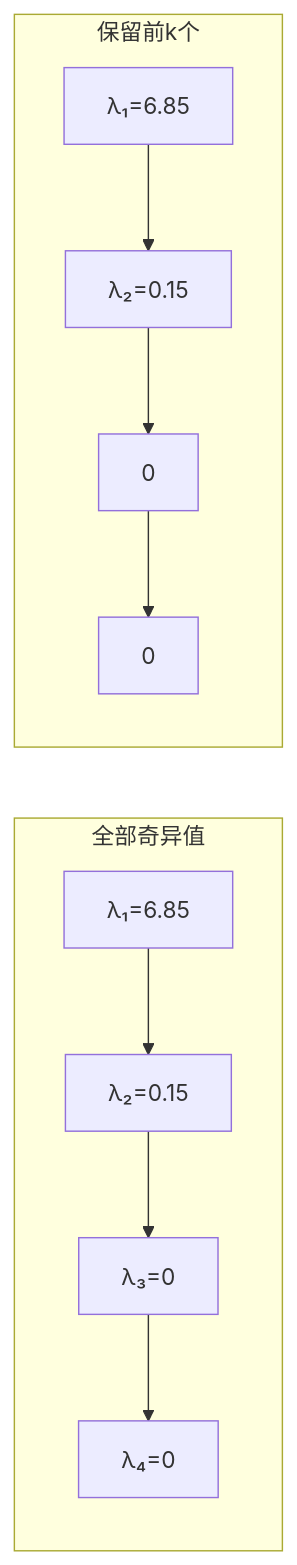
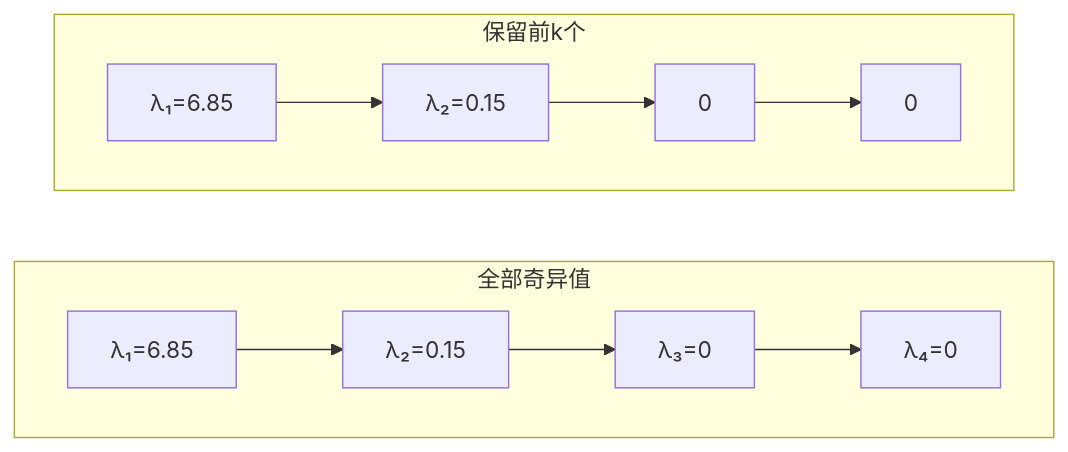
One commit to Rochsen/VVBP changed diagram 11 of 13 in src/learn/aiApplicationEngineer/12llmFineTune.md. Above: the diagram before and after it, drawn with Mermaid. The commit also changed other lines of this file, not shown here.

Commit message:
style: 修改12课图像

````diff
--- a/src/learn/aiApplicationEngineer/12llmFineTune.md
+++ b/src/learn/aiApplicationEngineer/12llmFineTune.md
@@ -360,14 +364,16 @@
 ```mermaid
 graph LR
     subgraph 全部奇异值
+        direction LR
         A1[λ₁=6.85] --> A2[λ₂=0.15]
         A2 --> A3[λ₃=0]
         A3 --> A4[λ₄=0]
     end
 
     subgraph 保留前k个
+        direction LR
         B1[λ₁=6.85] --> B2[λ₂=0.15]
         B2 --> B3[0]
         B3 --> B4[0]
     end
 ```
````
